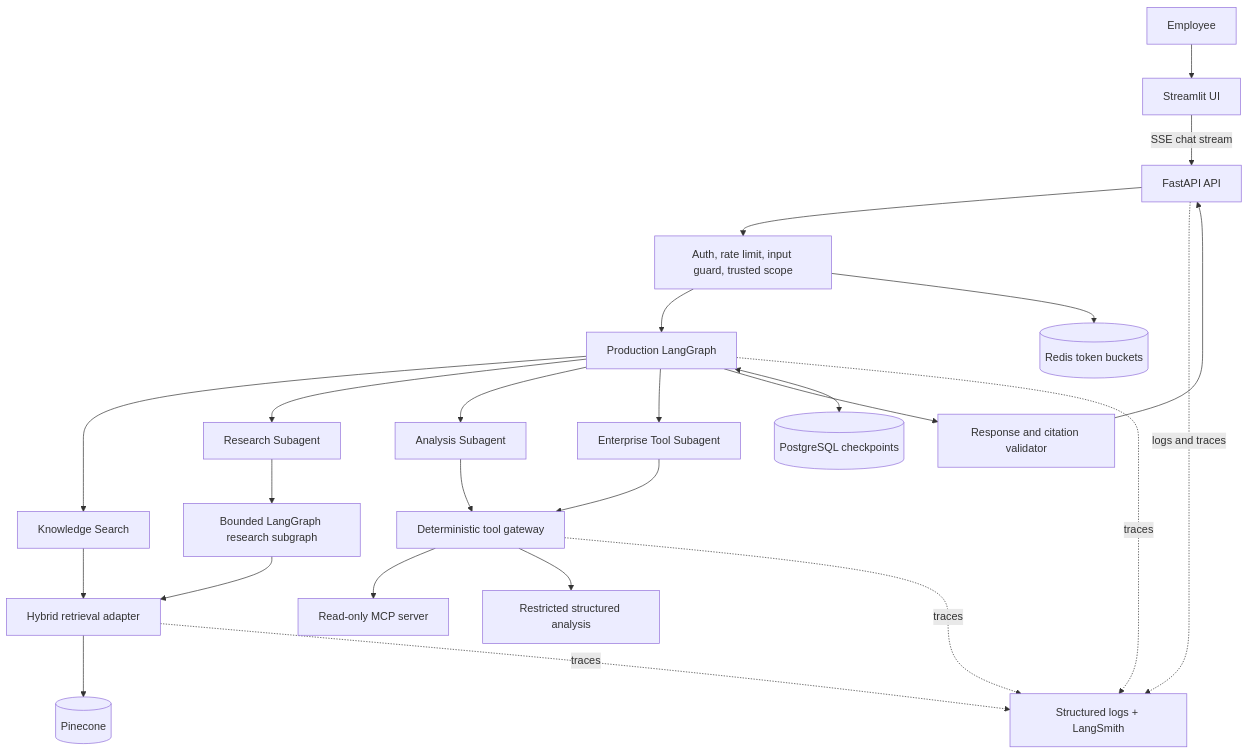
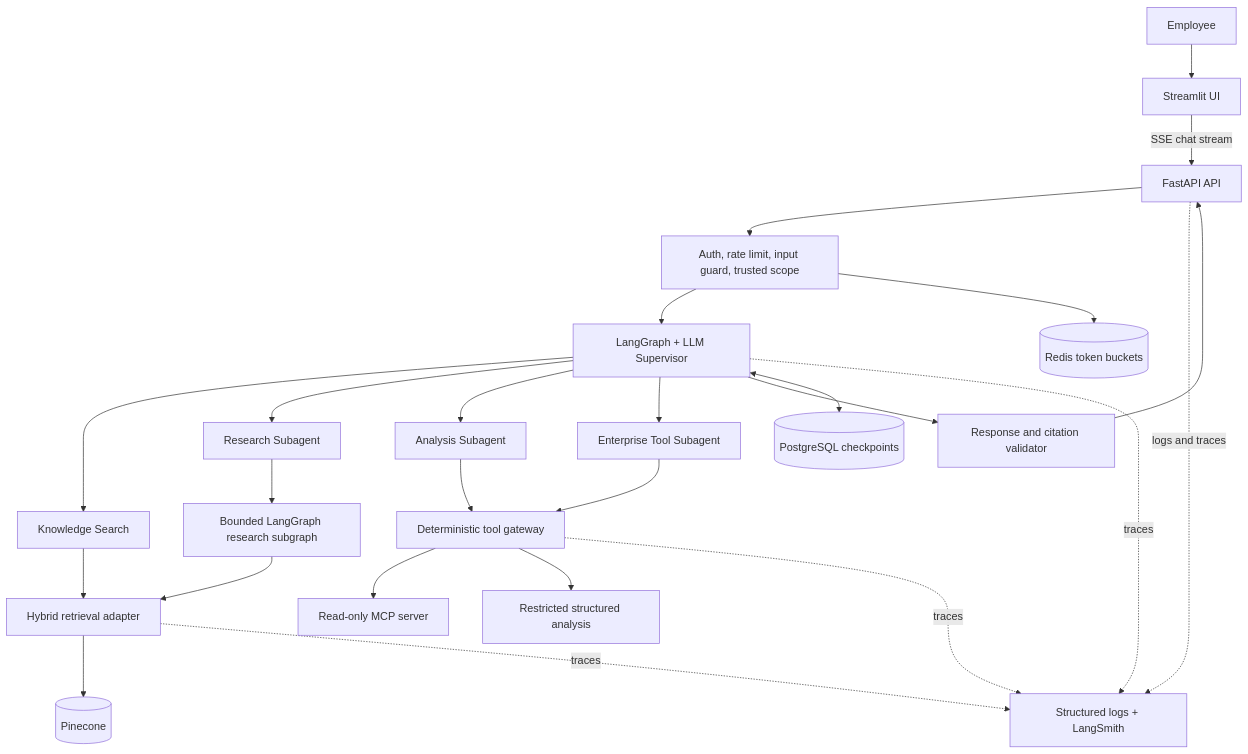
The diagram in docs/architecture.md (wssranjula/Orysys-Assistant), drawn with Mermaid before and after one commit. The commit also changed other lines of this file and 4 other files, not shown here.

Commit message:
docs: record LLM supervisor routing design

````diff
--- a/docs/architecture.md
+++ b/docs/architecture.md
@@ -5,27 +5,27 @@
 ```mermaid
 flowchart TD
     Employee --> UI[Streamlit UI]
     UI -->|SSE chat stream| API[FastAPI API]
     API --> Controls[Auth, rate limit, input guard, trusted scope]
-    Controls --> Root[Production LangGraph]
+    Controls --> Root[LangGraph + LLM Supervisor]
     Root --> Search[Knowledge Search]
     Root --> Research[Research Subagent]
     Root --> Analysis[Analysis Subagent]
     Root --> Enterprise[Enterprise Tool Subagent]
     Research --> RLM[Bounded LangGraph research subgraph]
     Search --> Retrieval[Hybrid retrieval adapter]
     RLM --> Retrieval
     Retrieval --> Pinecone[(Pinecone)]
     Analysis --> Gateway[Deterministic tool gateway]
     Enterprise --> Gateway
     Gateway --> MCP[Read-only MCP server]
     Gateway --> Structured[Restricted structured analysis]
     Root --> Output[Response and citation validator]
     Output --> API
     Root <--> Memory[(PostgreSQL checkpoints)]
     Controls --> Redis[(Redis token buckets)]
     API -. logs and traces .-> Observability[Structured logs + LangSmith]
     Root -. traces .-> Observability
     Retrieval -. traces .-> Observability
     Gateway -. traces .-> Observability
 ```
````
